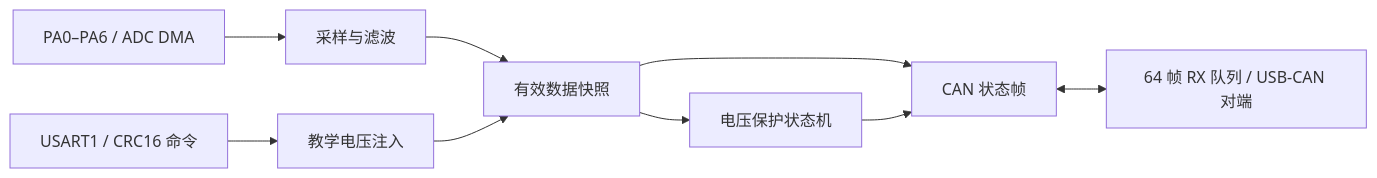
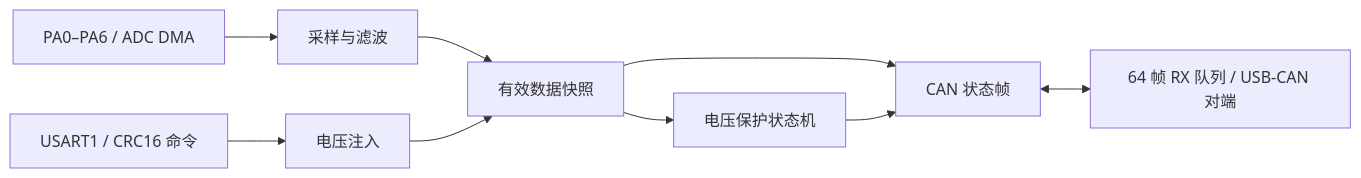
One commit to Liujh1557/stm32f103-bms-firmware-lab changed the diagram in README.md. Above: the diagram before and after it, drawn with Mermaid. The commit also changed other lines of this file, not shown here.

````diff
--- a/README.md
+++ b/README.md
@@ -22,11 +22,11 @@
 ```mermaid
 flowchart LR
     A[PA0–PA6 / ADC DMA] --> B[采样与滤波]
-    U[USART1 / CRC16 命令] --> I[教学电压注入]
+    U[USART1 / CRC16 命令] --> I[电压注入]
     B --> S[有效数据快照]
     I --> S
     S --> P[电压保护状态机]
     S --> C[CAN 状态帧]
     P --> C
     C <--> Q[64 帧 RX 队列 / USB-CAN 对端]
 ```
````
